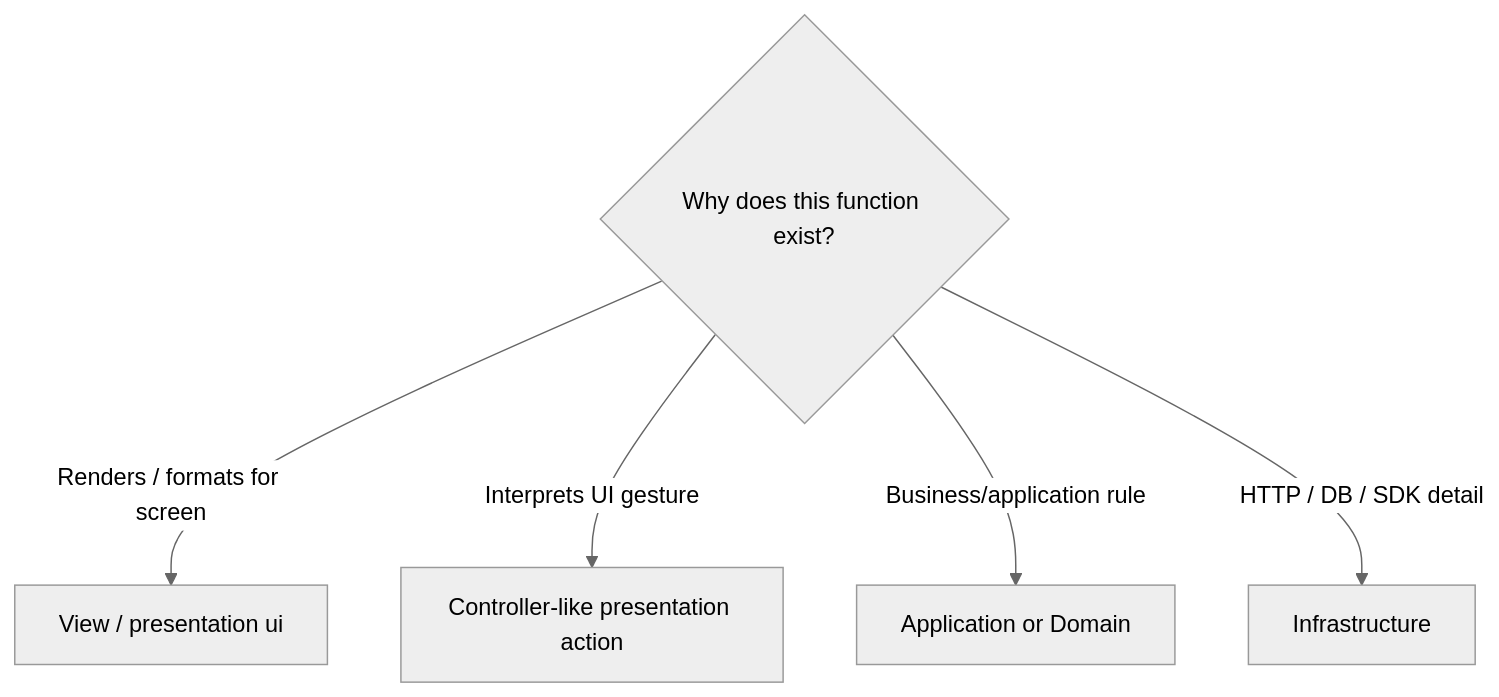
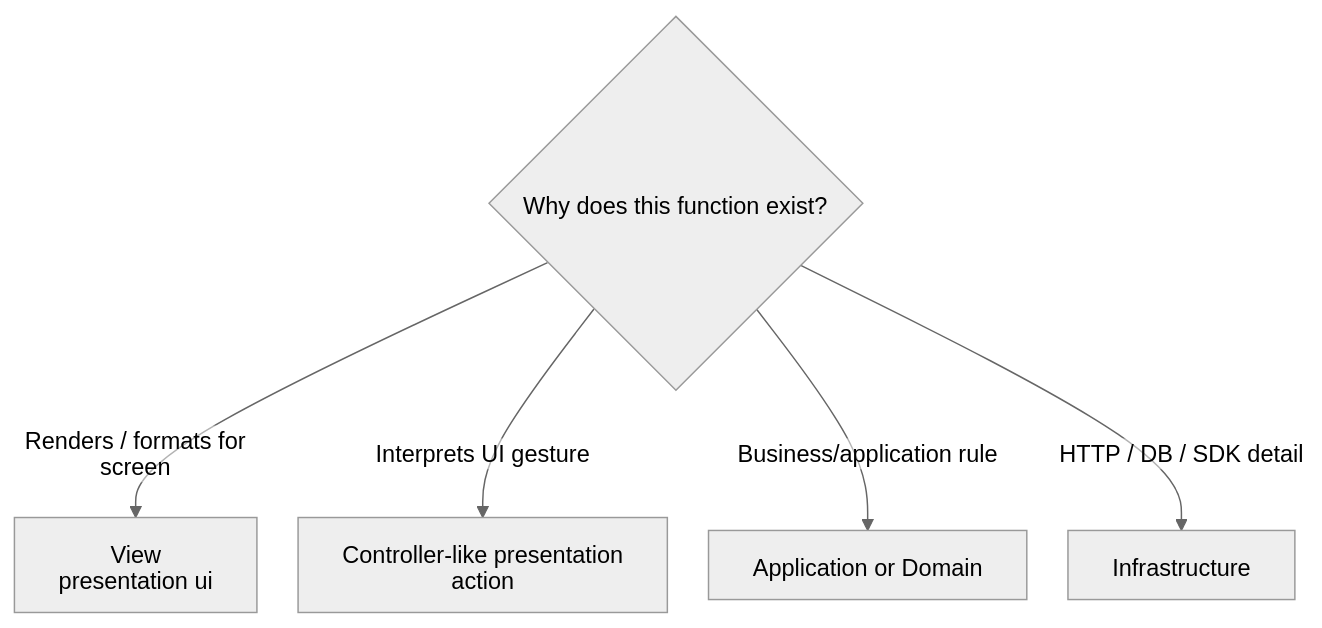
One commit to AndresTaoFlorez/software-architecture changed the fourth of 4 diagrams in architecture/patterns/presentation/model-view-controller/README.md. Above: the diagram before and after it, drawn with Mermaid (neutral theme). The commit also changed other lines of this file and 79 other files, not shown here.

````diff
--- a/architecture/patterns/presentation/model-view-controller/README.md
+++ b/architecture/patterns/presentation/model-view-controller/README.md
@@ -135,8 +184,9 @@
 ```mermaid
+%%{init: {"htmlLabels": false, "flowchart": {"htmlLabels": false, "nodeSpacing": 28, "rankSpacing": 48, "diagramPadding": 20, "wrappingWidth": 280}, "sequence": {"wrap": true, "diagramMarginX": 20, "diagramMarginY": 20}}}%%
 flowchart TD
     Q{"Why does this function exist?"}
-    Q -->|"Renders / formats for screen"| V["View / presentation ui"]
-    Q -->|"Interprets UI gesture"| C["Controller-like presentation action"]
+    Q -->|"Renders / formats for screen"| V["View<br/>presentation ui"]
+    Q -->|"Interprets UI gesture"| C["Controller-like presentation<br/>action"]
     Q -->|"Business/application rule"| INNER["Application or Domain"]
     Q -->|"HTTP / DB / SDK detail"| I["Infrastructure"]
 ```
````
